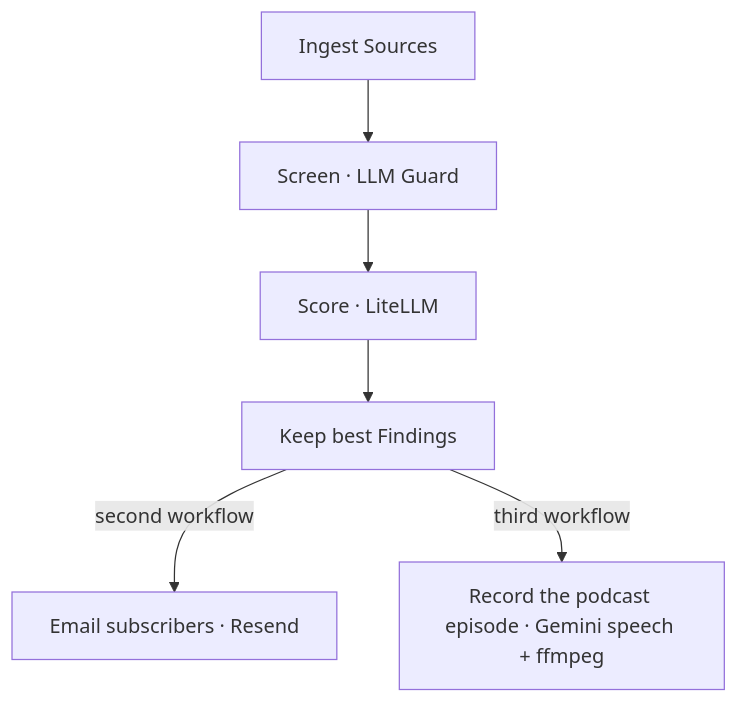
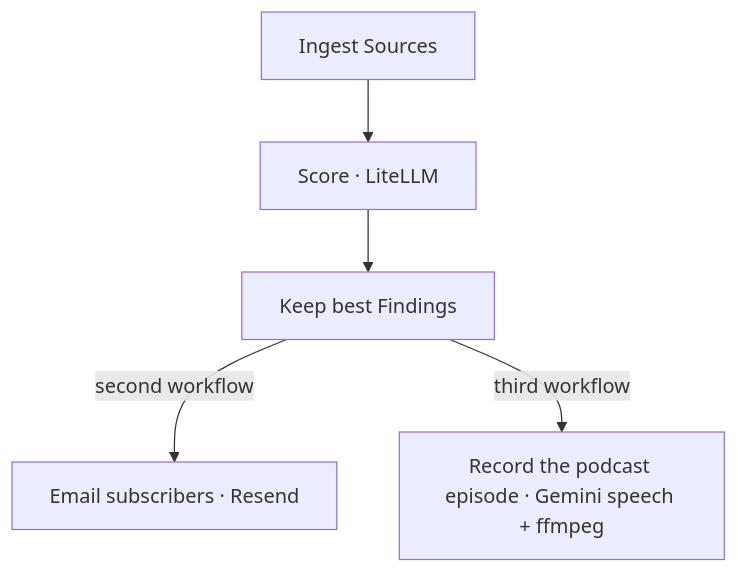
One commit to doubleoevan/carlnotes changed the second of 6 diagrams in README.md. Above: the diagram before and after it, drawn with Mermaid. The commit also changed other lines of this file and 142 other files, not shown here.

````diff
--- a/README.md
+++ b/README.md
@@ -98,5 +96,5 @@
 ```mermaid
 flowchart
-    Ingest[Ingest Sources] --> Screen[Screen · LLM Guard] --> Score[Score · LiteLLM] --> Review[Keep best Findings] -->|second workflow| Email[Email subscribers · Resend]
+    Ingest[Ingest Sources] --> Score[Score · LiteLLM] --> Review[Keep best Findings] -->|second workflow| Email[Email subscribers · Resend]
     Review -->|third workflow| Episode[Record the podcast episode · Gemini speech + ffmpeg]
 ```
````
